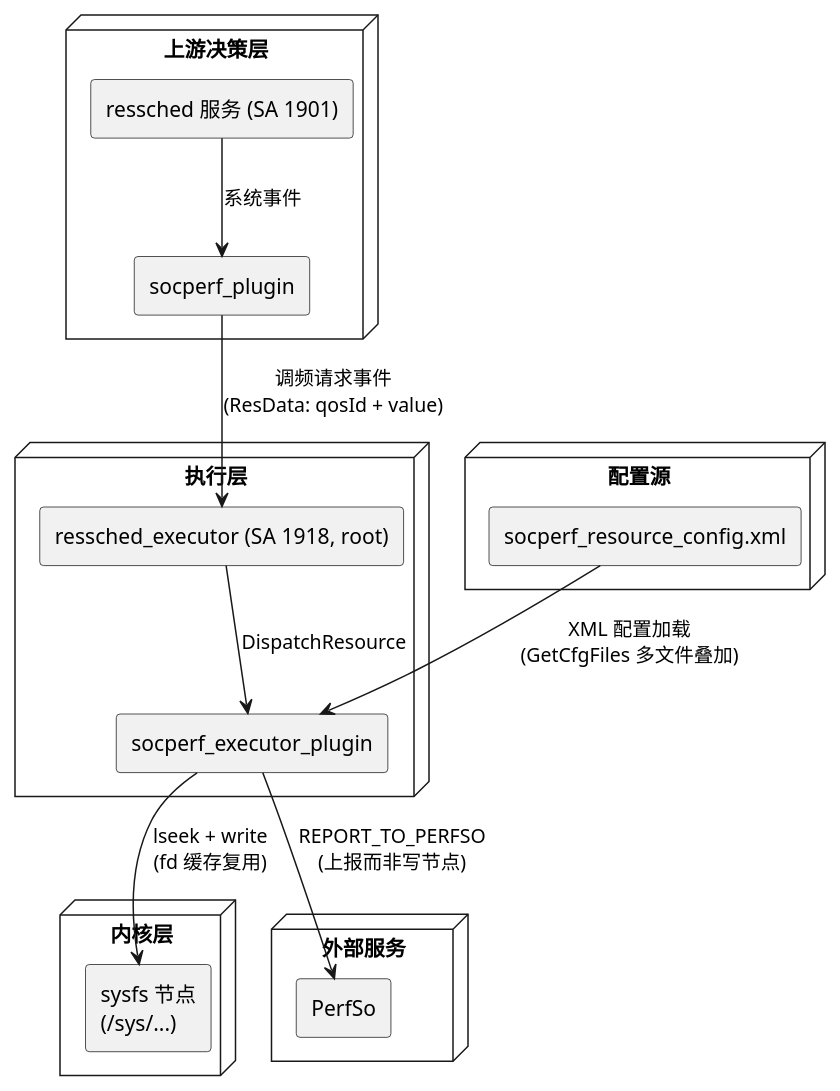
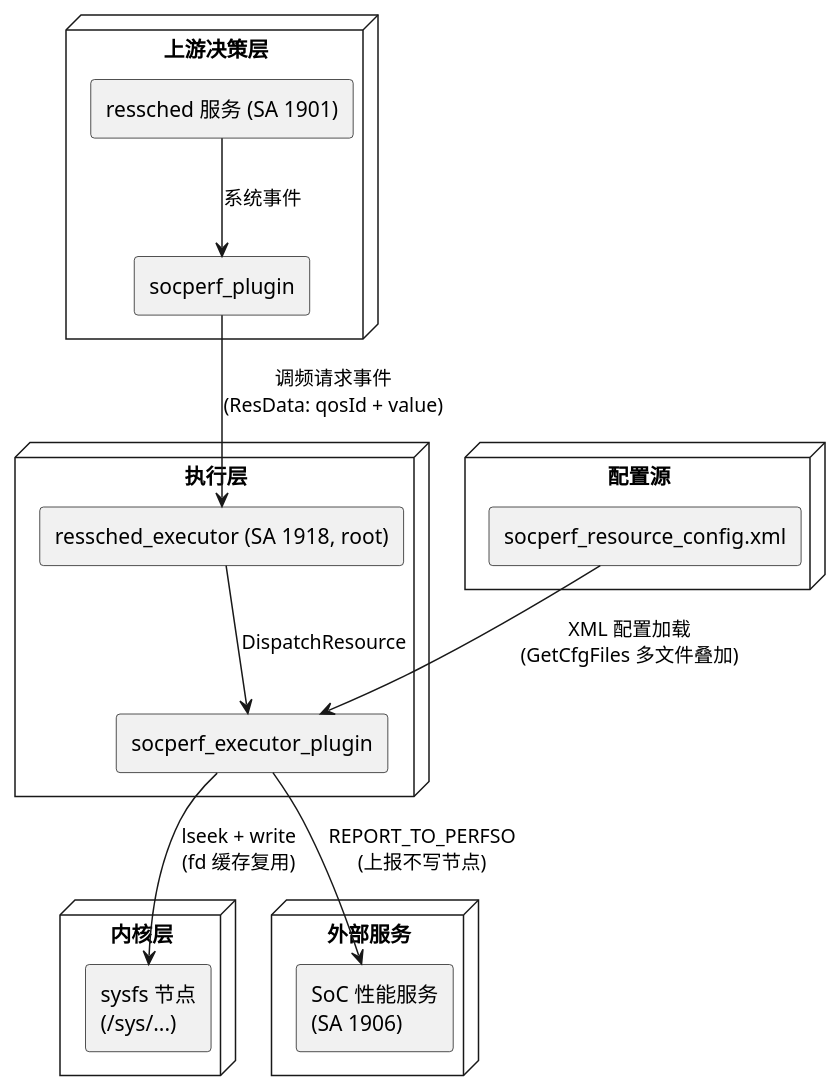
Before and after one commit to openharmony/resourceschedule_resource_schedule_service: the diagram in ressched_executor/plugins/socperf_executor_plugin/docs/knowledge/business-context.md, drawn with PlantUML. The commit also changed 4 other files, not shown here.

````diff
--- a/ressched_executor/plugins/socperf_executor_plugin/docs/knowledge/business-context.md
+++ b/ressched_executor/plugins/socperf_executor_plugin/docs/knowledge/business-context.md
@@ -17,34 +17,34 @@
 ```plantuml
 @startuml
 skinparam componentStyle rectangle
 
 node "上游决策层" {
     [ressched 服务 (SA 1901)] as Upstream
     [socperf_plugin] as DecisionPlugin
 }
 
 node "执行层" {
     [ressched_executor (SA 1918, root)] as Executor
     [socperf_executor_plugin] as Plugin
 }
 
 node "配置源" {
     [socperf_resource_config.xml] as Config
 }
 
 node "内核层" {
     [sysfs 节点\n(/sys/...)] as Kernel
 }
 
 node "外部服务" {
-    [PerfSo] as PerfSo
+    [SoC 性能服务\n(SA 1906)] as PerfSo
 }
 
 Upstream --> DecisionPlugin : 系统事件
 DecisionPlugin --> Executor : 调频请求事件\n(ResData: qosId + value)
 Executor --> Plugin : DispatchResource
 Config --> Plugin : XML 配置加载\n(GetCfgFiles 多文件叠加)
 Plugin --> Kernel : lseek + write\n(fd 缓存复用)
-Plugin --> PerfSo : REPORT_TO_PERFSO\n(上报而非写节点)
+Plugin --> PerfSo : REPORT_TO_PERFSO\n(上报不写节点)
 @enduml
 ```
````
